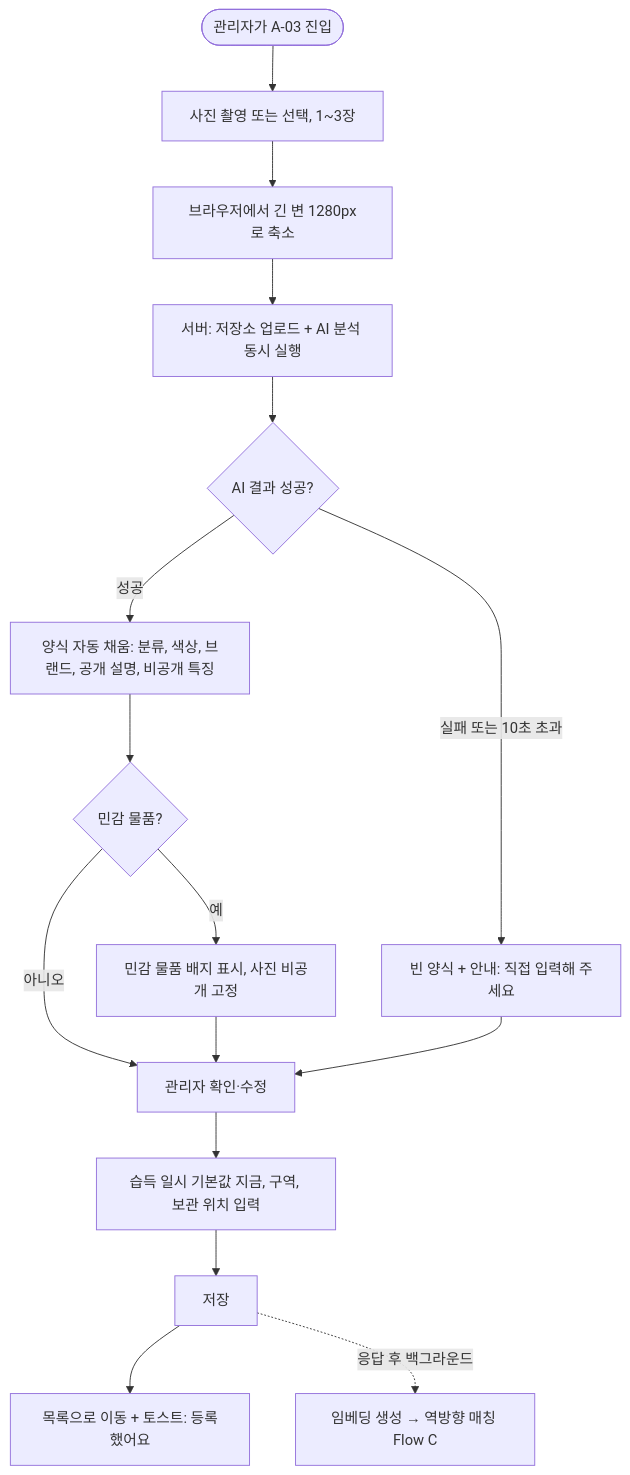
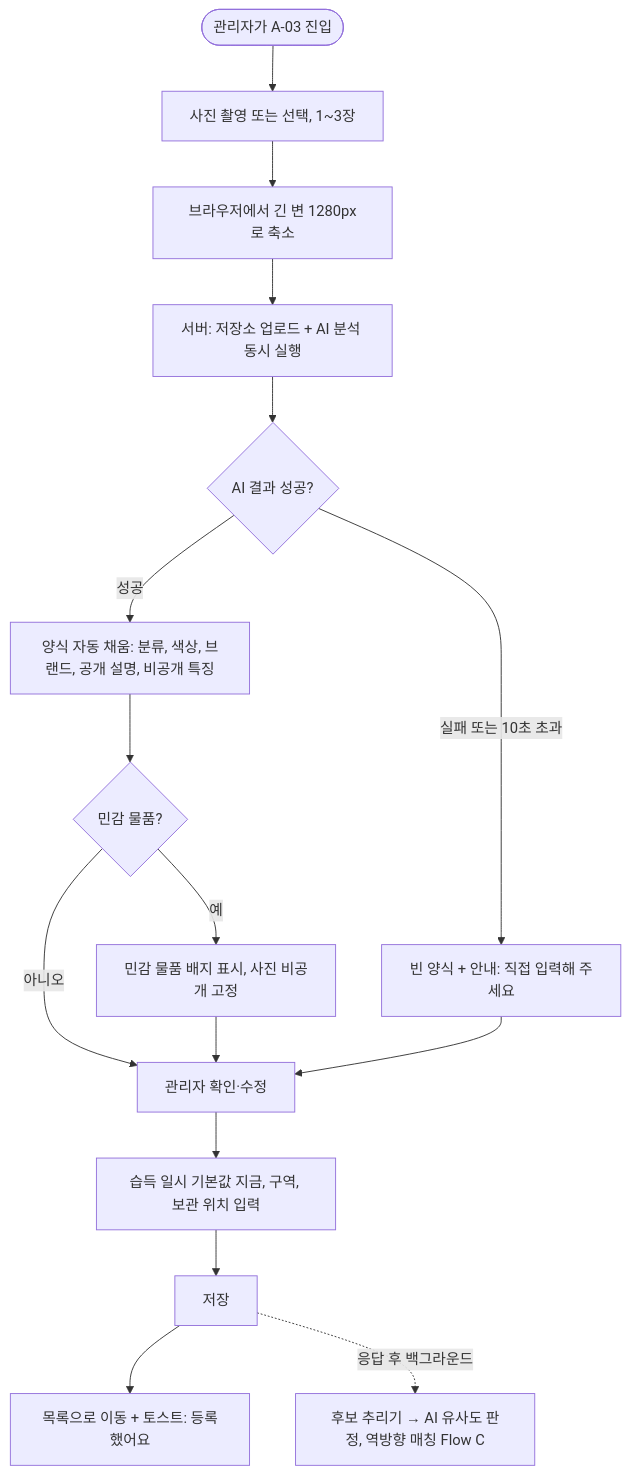
One commit to wjddns0122/itsme changed the second of 13 diagrams in docs/02-user-flows.md. Above: the diagram before and after it, drawn with Mermaid. The commit also changed other lines of this file and 19 other files, not shown here.

````diff
--- a/docs/02-user-flows.md
+++ b/docs/02-user-flows.md
@@ -35,18 +35,18 @@
 ```mermaid
 flowchart TD
     A0(["관리자가 A-03 진입"]) --> A1["사진 촬영 또는 선택, 1~3장"]
     A1 --> A2["브라우저에서 긴 변 1280px로 축소"]
     A2 --> A3["서버: 저장소 업로드 + AI 분석 동시 실행"]
     A3 --> A4{"AI 결과 성공?"}
     A4 -->|"성공"| A5["양식 자동 채움: 분류, 색상, 브랜드, 공개 설명, 비공개 특징"]
     A4 -->|"실패 또는 10초 초과"| A6["빈 양식 + 안내: 직접 입력해 주세요"]
     A5 --> A7{"민감 물품?"}
     A7 -->|"예"| A8["민감 물품 배지 표시, 사진 비공개 고정"]
     A7 -->|"아니오"| A9["관리자 확인·수정"]
     A8 --> A9
     A6 --> A9
     A9 --> A10["습득 일시 기본값 지금, 구역, 보관 위치 입력"]
     A10 --> A11["저장"]
     A11 --> A12["목록으로 이동 + 토스트: 등록했어요"]
-    A11 -.->|"응답 후 백그라운드"| A13["임베딩 생성 → 역방향 매칭 Flow C"]
+    A11 -.->|"응답 후 백그라운드"| A13["후보 추리기 → AI 유사도 판정, 역방향 매칭 Flow C"]
 ```
````
